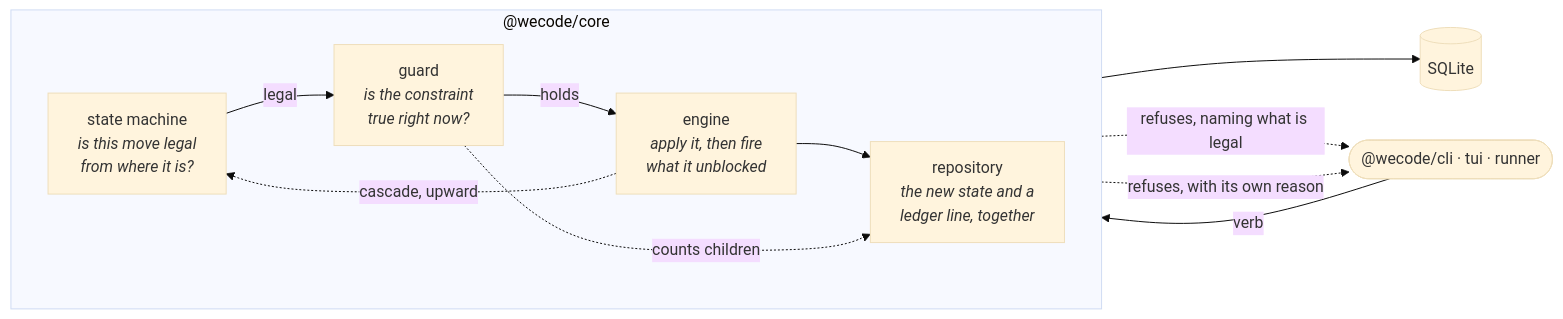
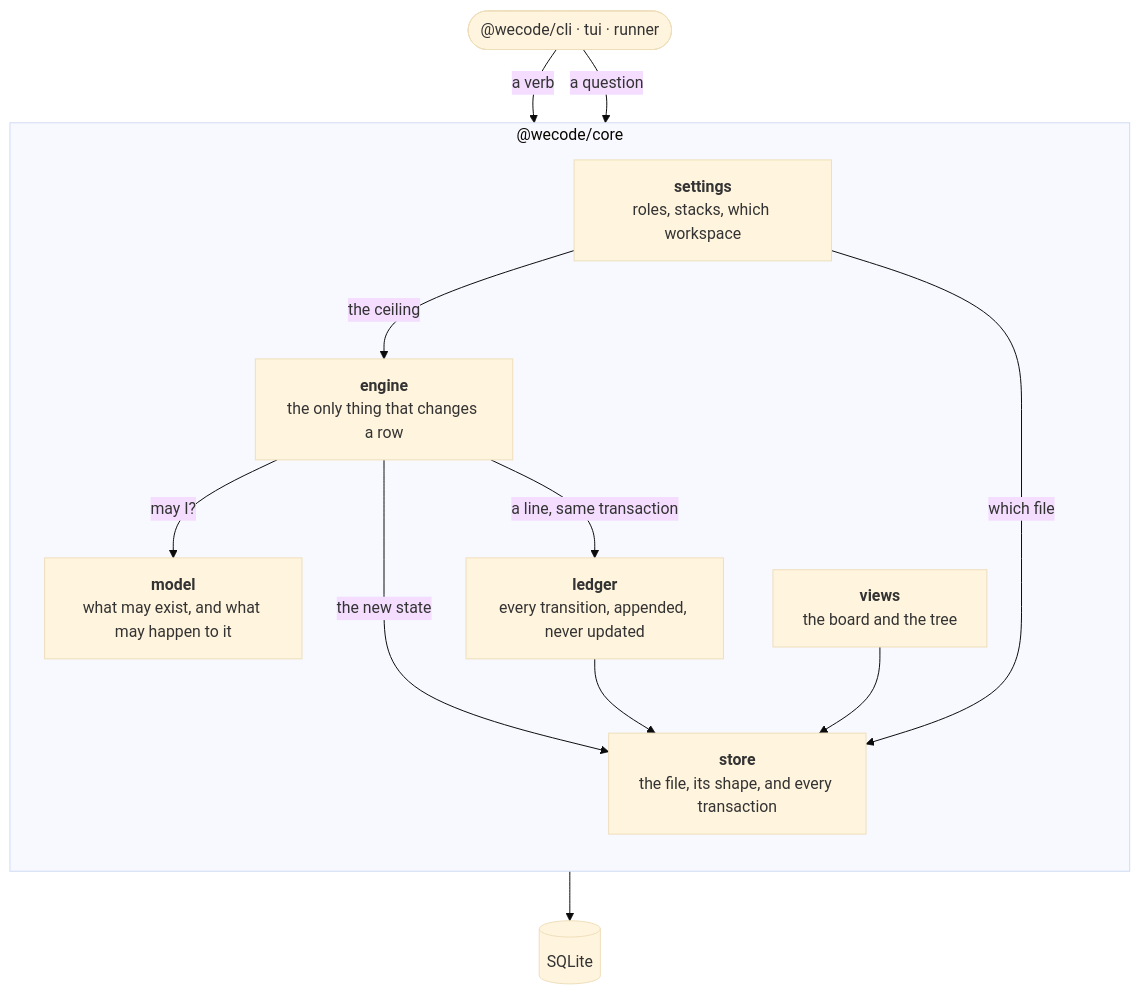
One commit to chandra-wijaya-setiawan/wecode changed the third of 4 diagrams in docs/design/01. Architecture Diagram L1-L2.md. Above: the diagram before and after it, drawn with Mermaid (base theme). The commit also changed other lines of this file and 1 other file, not shown here.

````diff
--- a/docs/design/01. Architecture Diagram L1-L2.md
+++ b/docs/design/01. Architecture Diagram L1-L2.md
@@ -102,26 +99,29 @@
 ```mermaid
-flowchart LR
-    CLIENT(["@wecode/cli · tui · runner"])
+flowchart TB
+    CLIENTS(["@wecode/cli · tui · runner"])
 
     subgraph core["@wecode/core"]
-        direction LR
-        MACHINE["state machine<br/><i>is this move legal<br/>from where it is?</i>"]
-        GUARD["guard<br/><i>is the constraint<br/>true right now?</i>"]
-        ENGINE["engine<br/><i>apply it, then fire<br/>what it unblocked</i>"]
-        REPO["repository<br/><i>the new state and a<br/>ledger line, together</i>"]
+        direction TB
+        ENGINE["<b>engine</b><br/>the only thing that changes a row"]
+        MODEL["<b>model</b><br/>what may exist, and what may happen to it"]
+        LEDGER["<b>ledger</b><br/>every transition, appended, never updated"]
+        STORE["<b>store</b><br/>the file, its shape, and every transaction"]
+        VIEWS["<b>views</b><br/>the board and the tree"]
+        SETTINGS["<b>settings</b><br/>roles, stacks, which workspace"]
     end
 
     DB[(SQLite)]
 
-    CLIENT -->|verb| MACHINE
-    MACHINE -->|legal| GUARD
-    GUARD -->|holds| ENGINE
-    ENGINE --> REPO
-    REPO --> DB
+    CLIENTS -->|a verb| ENGINE
+    CLIENTS -->|a question| VIEWS
 
-    GUARD -.->|counts children| REPO
-    ENGINE -.->|cascade, upward| MACHINE
+    ENGINE -->|may I?| MODEL
+    ENGINE -->|the new state| STORE
+    ENGINE -->|a line, same transaction| LEDGER
 
-    MACHINE -.->|refuses, naming what is legal| CLIENT
-    GUARD -.->|refuses, with its own reason| CLIENT
+    LEDGER --> STORE
+    VIEWS --> STORE
+    SETTINGS -->|which file| STORE
+    SETTINGS -->|the ceiling| ENGINE
+    STORE --> DB
 ```
````
